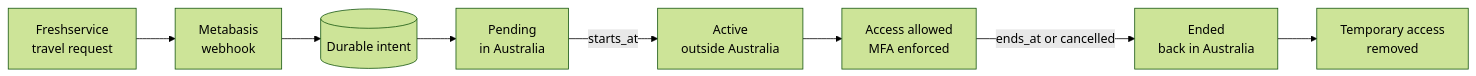
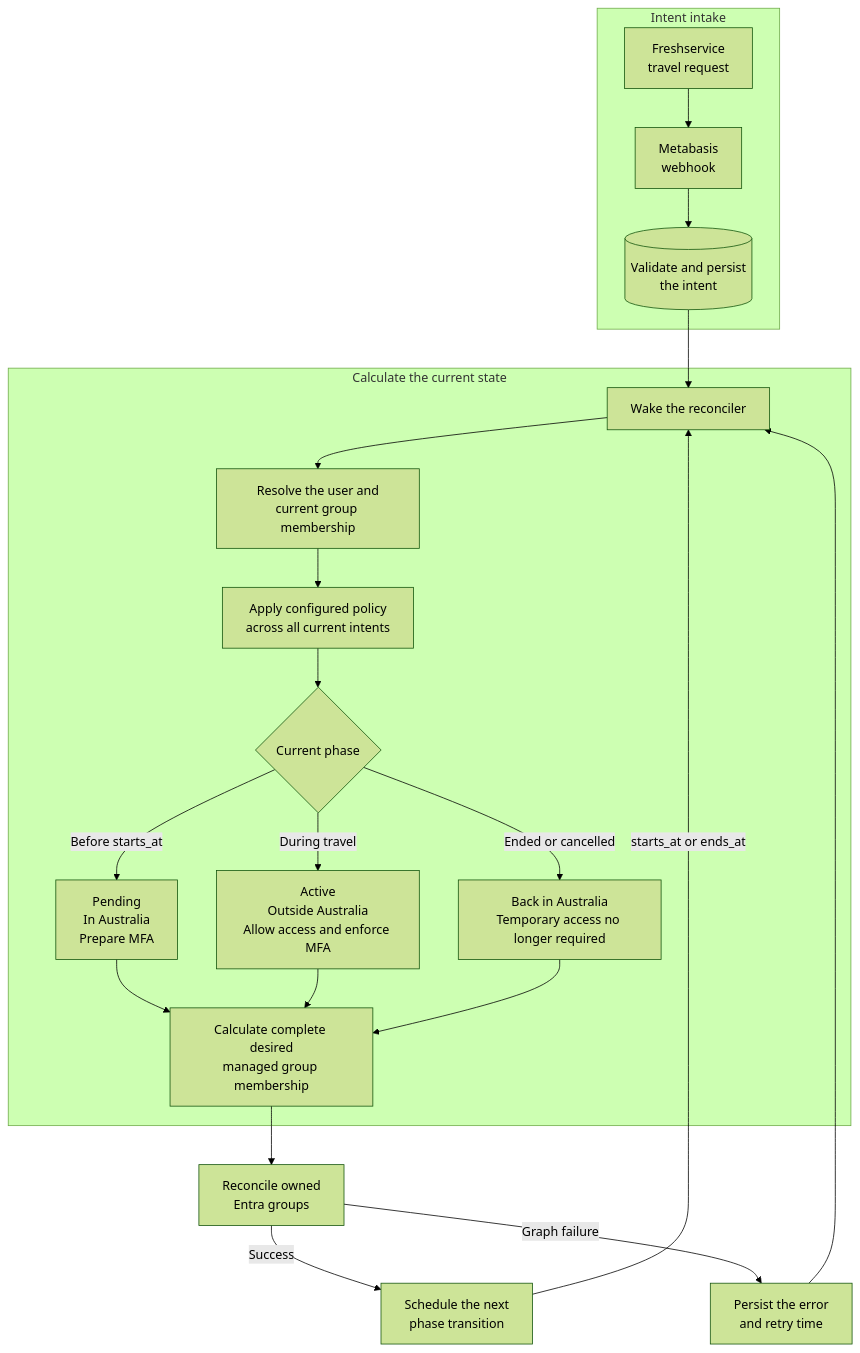
The diagram in README.md (woodleighschool/metabasis), drawn with Mermaid (forest theme) before and after one commit.

Commit message:
docs: clarify request flow

````diff
--- a/README.md
+++ b/README.md
@@ -9,10 +9,29 @@
 ```mermaid
-flowchart LR
-  freshservice["Freshservice<br/>travel request"] --> webhook["Metabasis<br/>webhook"]
-  webhook --> intent[("Durable intent")]
-  intent --> pending["Pending<br/>in Australia"]
-  pending -->|starts_at| active["Active<br/>outside Australia"]
-  active --> policy["Access allowed<br/>MFA enforced"]
-  policy -->|ends_at or cancelled| ended["Ended<br/>back in Australia"]
-  ended --> cleanup["Temporary access<br/>removed"]
+flowchart TD
+  subgraph intake["Intent intake"]
+    freshservice["Freshservice<br/>travel request"] --> webhook["Metabasis<br/>webhook"]
+    webhook --> intent[("Validate and persist<br/>the intent")]
+  end
+
+  intent --> reconcile["Wake the reconciler"]
+
+  subgraph planning["Calculate the current state"]
+    reconcile --> identity["Resolve the user and<br/>current group membership"]
+    identity --> policy["Apply configured policy<br/>across all current intents"]
+    policy --> phase{"Current phase"}
+
+    phase -->|Before starts_at| pending["Pending<br/>In Australia<br/>Prepare MFA"]
+    phase -->|During travel| active["Active<br/>Outside Australia<br/>Allow access and enforce MFA"]
+    phase -->|Ended or cancelled| ended["Back in Australia<br/>Temporary access no longer required"]
+
+    pending --> desired["Calculate complete desired<br/>managed group membership"]
+    active --> desired
+    ended --> desired
+  end
+
+  desired --> entra["Reconcile owned<br/>Entra groups"]
+  entra -->|Success| schedule["Schedule the next<br/>phase transition"]
+  entra -->|Graph failure| retry["Persist the error<br/>and retry time"]
+  schedule -->|starts_at or ends_at| reconcile
+  retry --> reconcile
 ```
````
